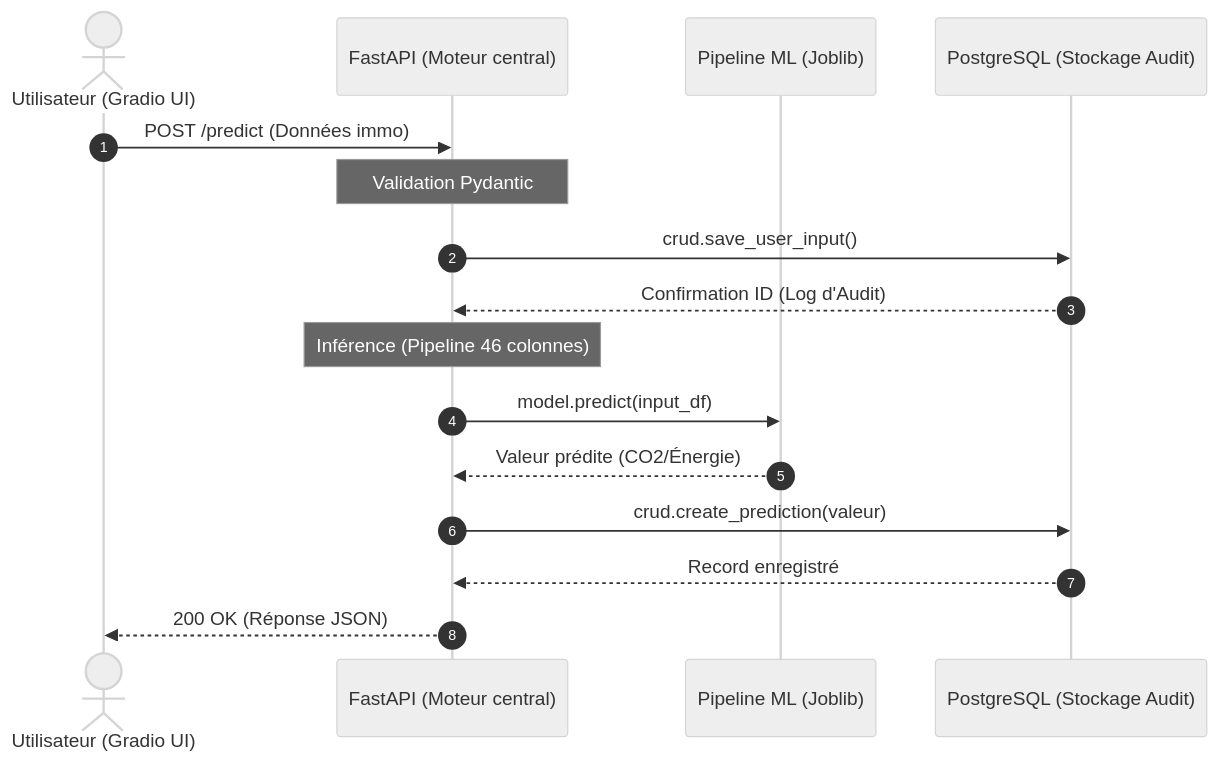
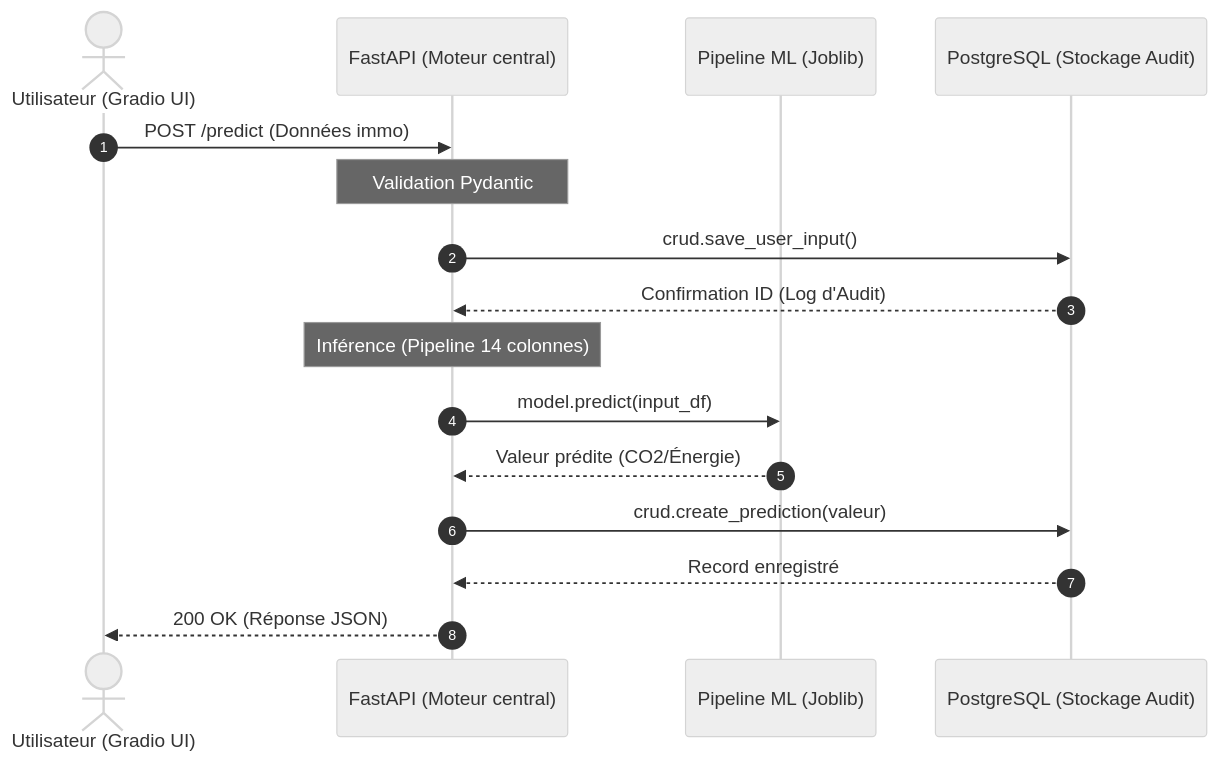
The second of 2 diagrams in README.md (AIEngOc2025/Projet5), drawn with Mermaid (neutral theme) before and after one commit.

````diff
--- a/README.md
+++ b/README.md
@@ -55,25 +55,25 @@
 ```mermaid
 sequenceDiagram
     autonumber
     actor User as Utilisateur (Gradio UI)
     participant API as FastAPI (Moteur central)
     participant ML as Pipeline ML (Joblib)
     participant DB as PostgreSQL (Stockage Audit)
 
     User->>API: POST /predict (Données immo)
     
     Note over API: Validation Pydantic
     
     API->>DB: crud.save_user_input()
     DB-->>API: Confirmation ID (Log d'Audit)
     
-    Note over API: Inférence (Pipeline 46 colonnes)
+    Note over API: Inférence (Pipeline 14 colonnes)
     
     API->>ML: model.predict(input_df)
     ML-->>API: Valeur prédite (CO2/Énergie)
     
     API->>DB: crud.create_prediction(valeur)
     DB-->>API: Record enregistré
     
     API-->>User: 200 OK (Réponse JSON)
 ``` 
````
